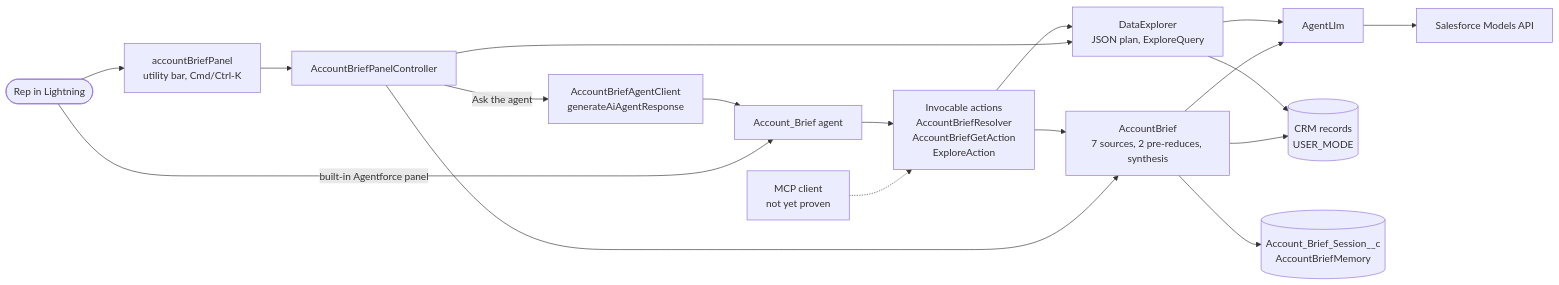
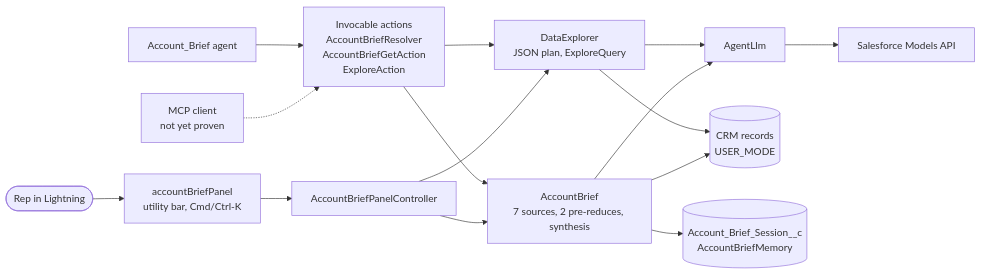
Before and after one commit to nelsben/generic-agent: the diagram in README.md, drawn with Mermaid. The commit also changed other lines of this file and 21 other files, not shown here.

First line of the commit message:
FE-20: retire Ask the agent and the built-in panel as a way in

````diff
--- a/README.md
+++ b/README.md
@@ -29,20 +29,17 @@
 ```mermaid
 flowchart LR
     U(["Rep in Lightning"]) --> P["accountBriefPanel<br/>utility bar, Cmd/Ctrl-K"]
-    U -- "built-in Agentforce panel" --> AG["Account_Brief agent"]
     X["MCP client<br/>not yet proven"] -.-> ACT
     P --> C["AccountBriefPanelController"]
-    C -- "Ask the agent" --> AC["AccountBriefAgentClient<br/>generateAiAgentResponse"]
-    AC --> AG
-    AG --> ACT["Invocable actions<br/>AccountBriefResolver<br/>AccountBriefGetAction<br/>ExploreAction"]
+    AG["Account_Brief agent"] --> ACT["Invocable actions<br/>AccountBriefResolver<br/>AccountBriefGetAction<br/>ExploreAction"]
     C --> B["AccountBrief<br/>7 sources, 2 pre-reduces, synthesis"]
     ACT --> B
     C --> DX["DataExplorer<br/>JSON plan, ExploreQuery"]
     ACT --> DX
     B --> L["AgentLlm"]
     DX --> L
     L --> M["Salesforce Models API"]
     B --> D[("CRM records<br/>USER_MODE")]
     DX --> D
     B --> MEM[("Account_Brief_Session__c<br/>AccountBriefMemory")]
 ```
````
